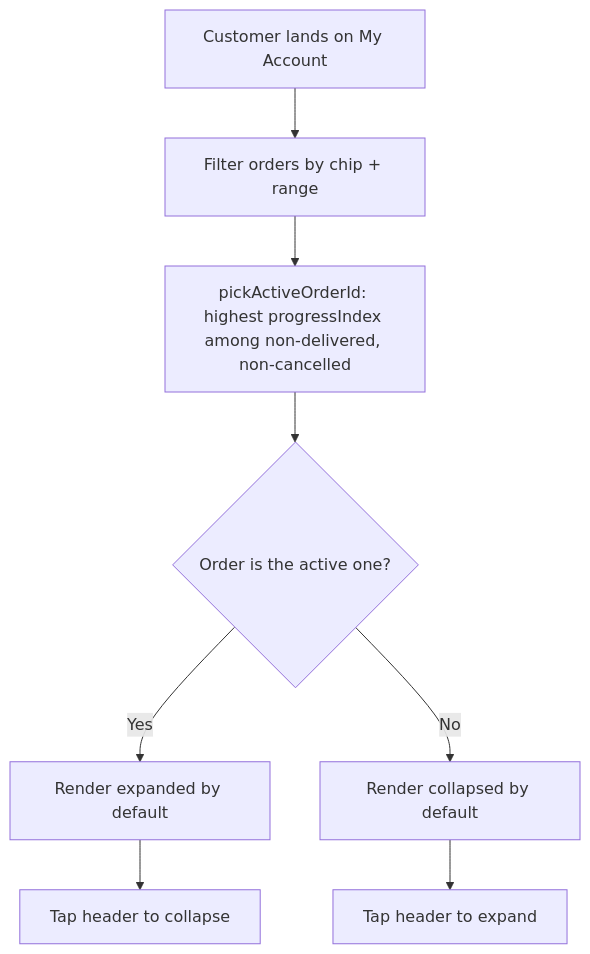
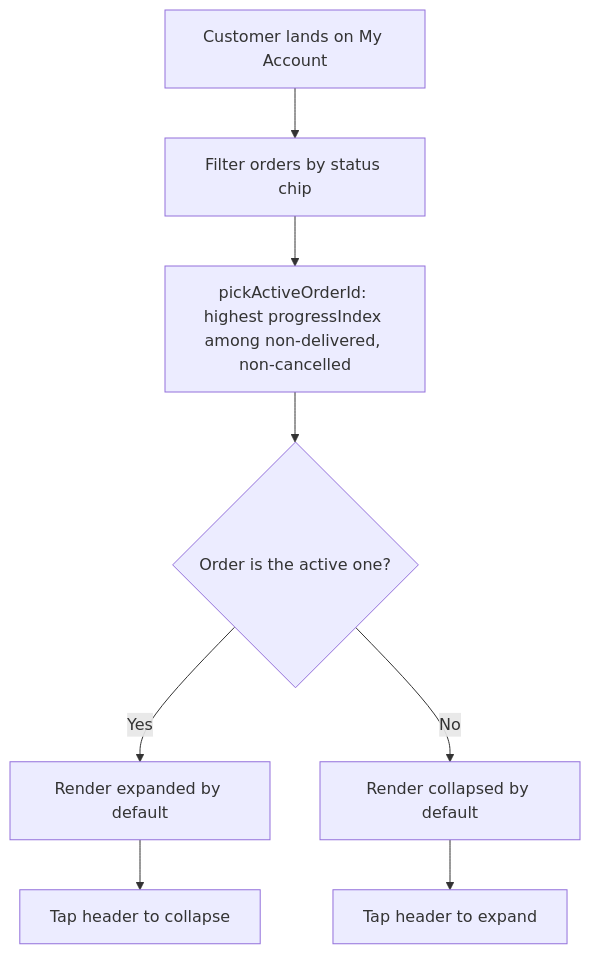
The fourth of 4 diagrams in docs/output/orders.md (andrea-revibe/my-account-redesign-v2), drawn with Mermaid before and after one commit. The commit also changed other lines of this file and 8 other files, not shown here.

````diff
--- a/docs/output/orders.md
+++ b/docs/output/orders.md
@@ -244,10 +241,10 @@
 ```mermaid
 flowchart TD
-    Land[Customer lands on My Account] --> Render[Filter orders by chip + range]
+    Land[Customer lands on My Account] --> Render[Filter orders by status chip]
     Render --> Pick["pickActiveOrderId: highest progressIndex among non-delivered, non-cancelled"]
     Pick --> Decide{Order is the active one?}
     Decide -->|Yes| E[Render expanded by default]
     Decide -->|No| C[Render collapsed by default]
     C --> Tap[Tap header to expand]
     E --> TapClose[Tap header to collapse]
 ```
````
